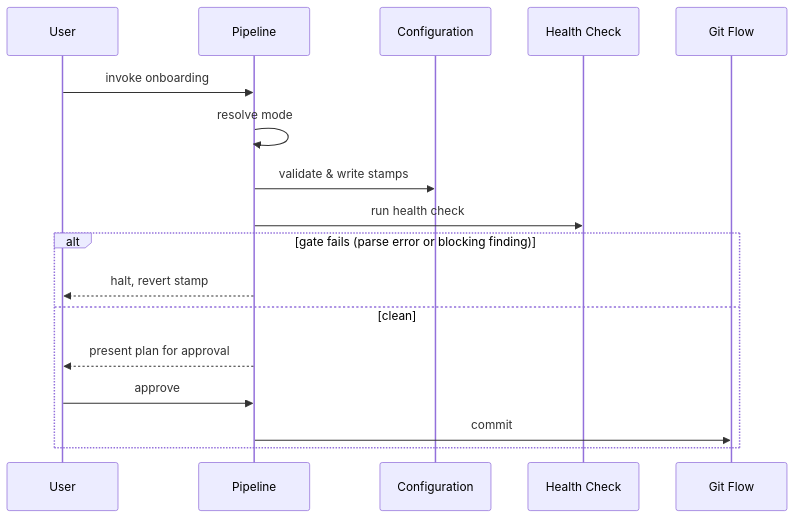
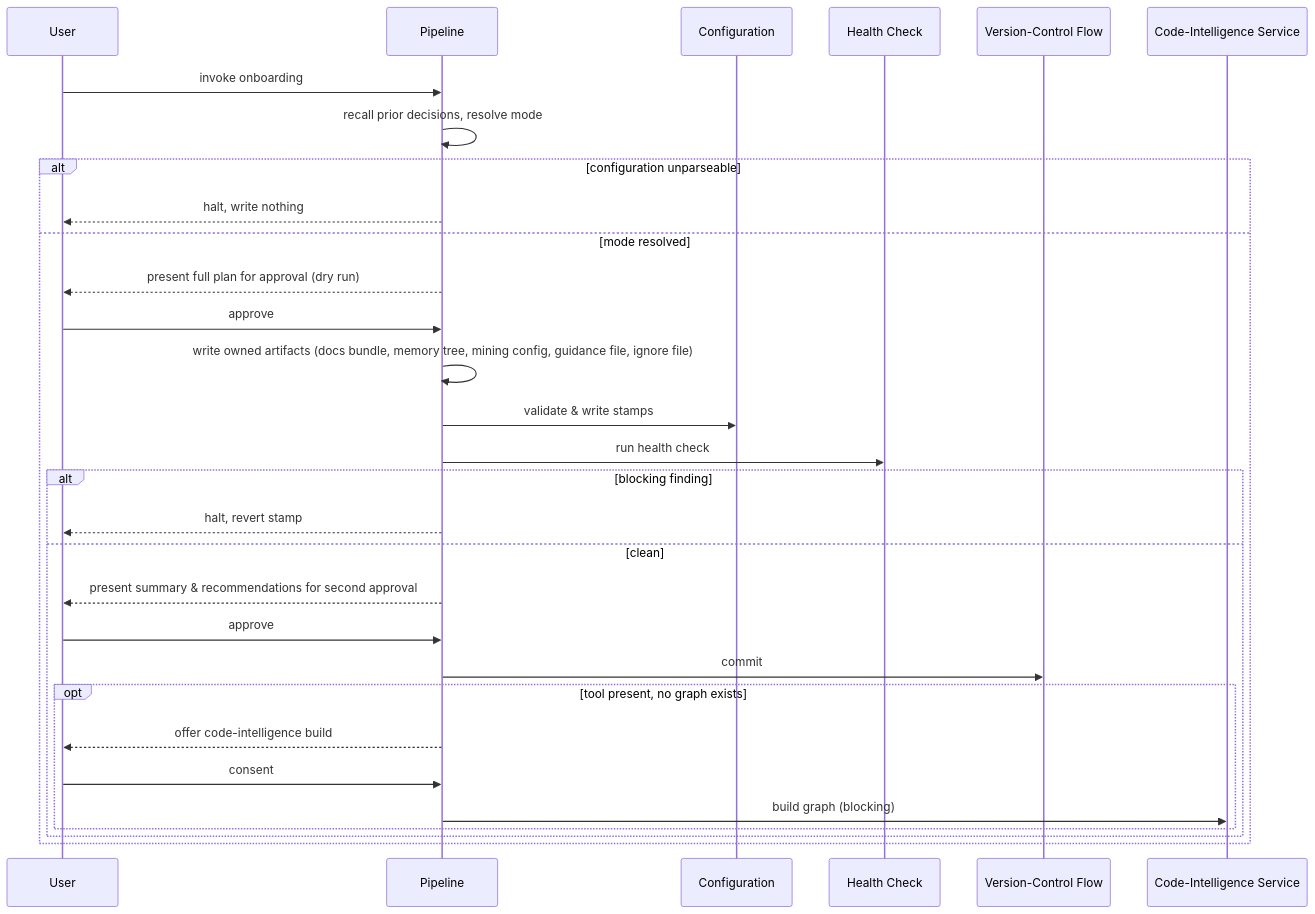
The diagram in docs/blueprint/flows/plugins/010-vwf-setup/index.md (virajp/ai-plugins), drawn with Mermaid before and after one commit. The commit also changed other lines of this file and 3 other files, not shown here.

First line of the commit message:
blueprint(vwf-setup): first flow reviewed; plugin flows get a 160-line budget

````diff
--- a/docs/blueprint/flows/plugins/010-vwf-setup/index.md
+++ b/docs/blueprint/flows/plugins/010-vwf-setup/index.md
@@ -75,19 +100,32 @@
 ```mermaid
 sequenceDiagram
     participant U as User
     participant P as Pipeline
     participant C as Configuration
     participant H as Health Check
-    participant G as Git Flow
+    participant V as Version-Control Flow
+    participant G as Code-Intelligence Service
     U->>P: invoke onboarding
-    P->>P: resolve mode
-    P->>C: validate & write stamps
-    P->>H: run health check
-    alt gate fails (parse error or blocking finding)
-        P-->>U: halt, revert stamp
-    else clean
-        P-->>U: present plan for approval
+    P->>P: recall prior decisions, resolve mode
+    alt configuration unparseable
+        P-->>U: halt, write nothing
+    else mode resolved
+        P-->>U: present full plan for approval (dry run)
         U->>P: approve
-        P->>G: commit
+        P->>P: write owned artifacts (docs bundle, memory tree, mining config, guidance file, ignore file)
+        P->>C: validate & write stamps
+        P->>H: run health check
+        alt blocking finding
+            P-->>U: halt, revert stamp
+        else clean
+            P-->>U: present summary & recommendations for second approval
+            U->>P: approve
+            P->>V: commit
+            opt tool present, no graph exists
+                P-->>U: offer code-intelligence build
+                U->>P: consent
+                P->>G: build graph (blocking)
+            end
+        end
     end
 ```
````
